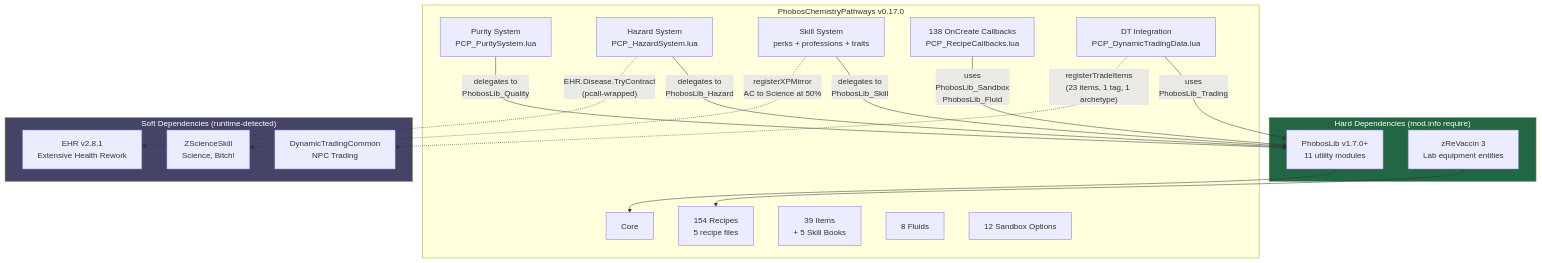
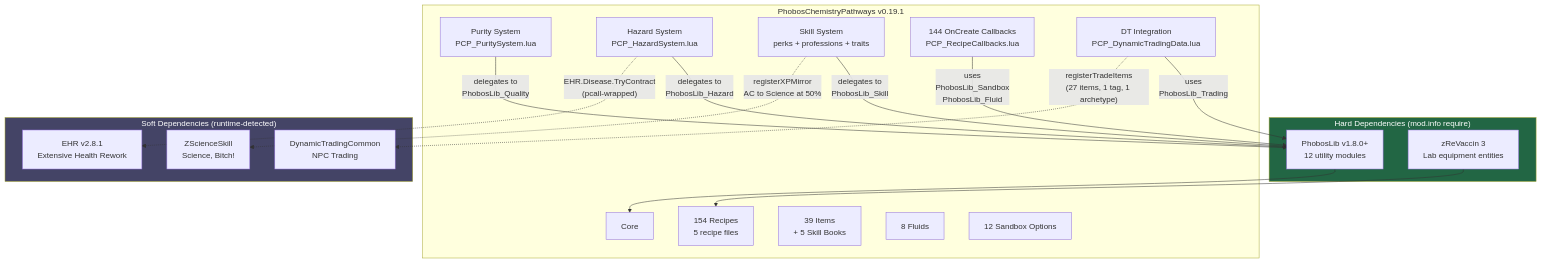
Before and after one commit to phobos-dthorga/mod-pz-chemistry-pathways: the diagram in docs/mermaid-src/architecture.mmd, drawn with Mermaid. The commit also changed 53 other files, not shown here.

```diff
--- a/docs/mermaid-src/architecture.mmd
+++ b/docs/mermaid-src/architecture.mmd
@@ -1,40 +1,40 @@
 graph TB
     subgraph HARD["Hard Dependencies (mod.info require)"]
-        PL["PhobosLib v1.7.0+<br/>11 utility modules"]
+        PL["PhobosLib v1.8.0+<br/>12 utility modules"]
         ZR["zReVaccin 3<br/>Lab equipment entities"]
     end
 
-    subgraph PCP["PhobosChemistryPathways v0.17.0"]
+    subgraph PCP["PhobosChemistryPathways v0.19.1"]
         CORE["Core"]
         REC["154 Recipes<br/>5 recipe files"]
         ITEMS["39 Items<br/>+ 5 Skill Books"]
         FLUIDS["8 Fluids"]
         SB["12 Sandbox Options"]
         PURITY["Purity System<br/>PCP_PuritySystem.lua"]
         HAZARD["Hazard System<br/>PCP_HazardSystem.lua"]
         SKILL["Skill System<br/>perks + professions + traits"]
-        CALLBACKS["138 OnCreate Callbacks<br/>PCP_RecipeCallbacks.lua"]
+        CALLBACKS["144 OnCreate Callbacks<br/>PCP_RecipeCallbacks.lua"]
         TRADING["DT Integration<br/>PCP_DynamicTradingData.lua"]
     end
 
     subgraph SOFT["Soft Dependencies (runtime-detected)"]
         ZSS["ZScienceSkill<br/>Science, Bitch!"]
         EHR["EHR v2.8.1<br/>Extensive Health Rework"]
         DT["DynamicTradingCommon<br/>NPC Trading"]
     end
 
     PL --> CORE
     ZR --> REC
 
     PURITY -->|"delegates to<br/>PhobosLib_Quality"| PL
     HAZARD -->|"delegates to<br/>PhobosLib_Hazard"| PL
     SKILL -->|"delegates to<br/>PhobosLib_Skill"| PL
     CALLBACKS -->|"uses<br/>PhobosLib_Sandbox<br/>PhobosLib_Fluid"| PL
     TRADING -->|"uses<br/>PhobosLib_Trading"| PL
 
     HAZARD -.->|"EHR.Disease.TryContract<br/>(pcall-wrapped)"| EHR
     SKILL -.->|"registerXPMirror<br/>AC to Science at 50%"| ZSS
-    TRADING -.->|"registerTradeItems<br/>(23 items, 1 tag, 1 archetype)"| DT
+    TRADING -.->|"registerTradeItems<br/>(27 items, 1 tag, 1 archetype)"| DT
 
     style HARD fill:#264,color:#fff
     style SOFT fill:#446,color:#fff
```
